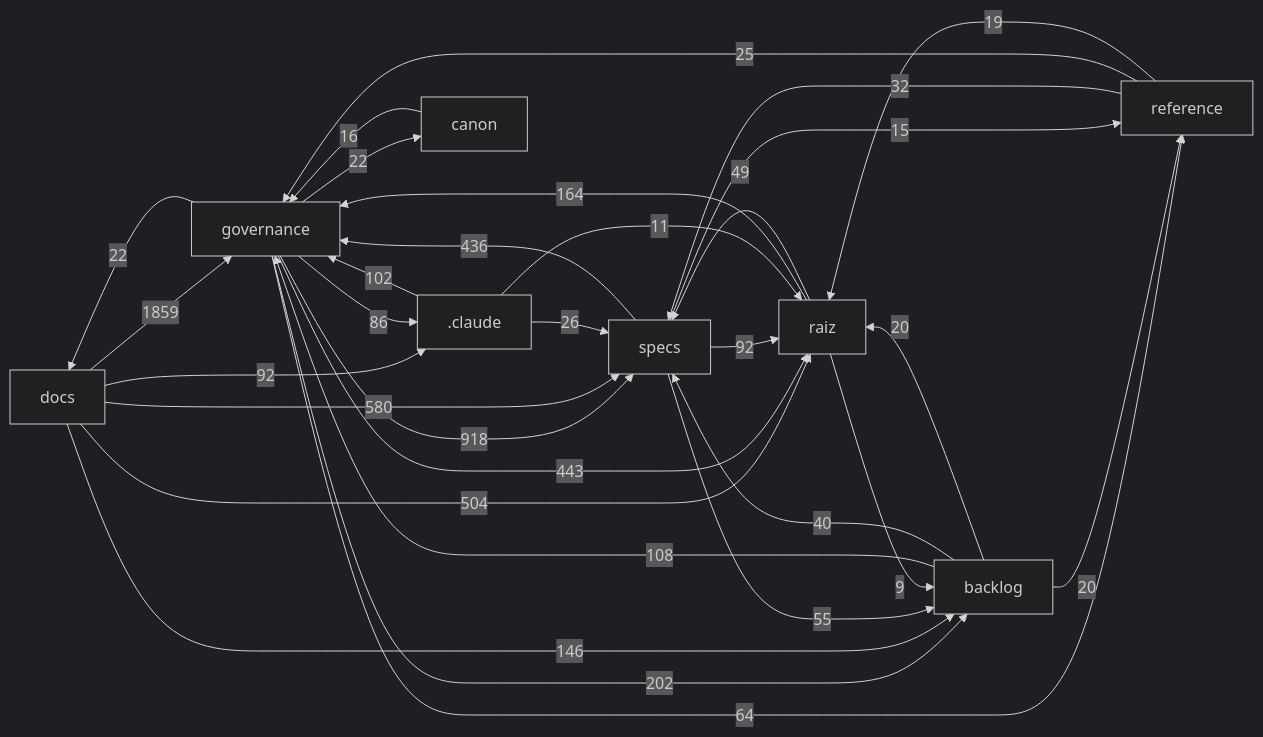
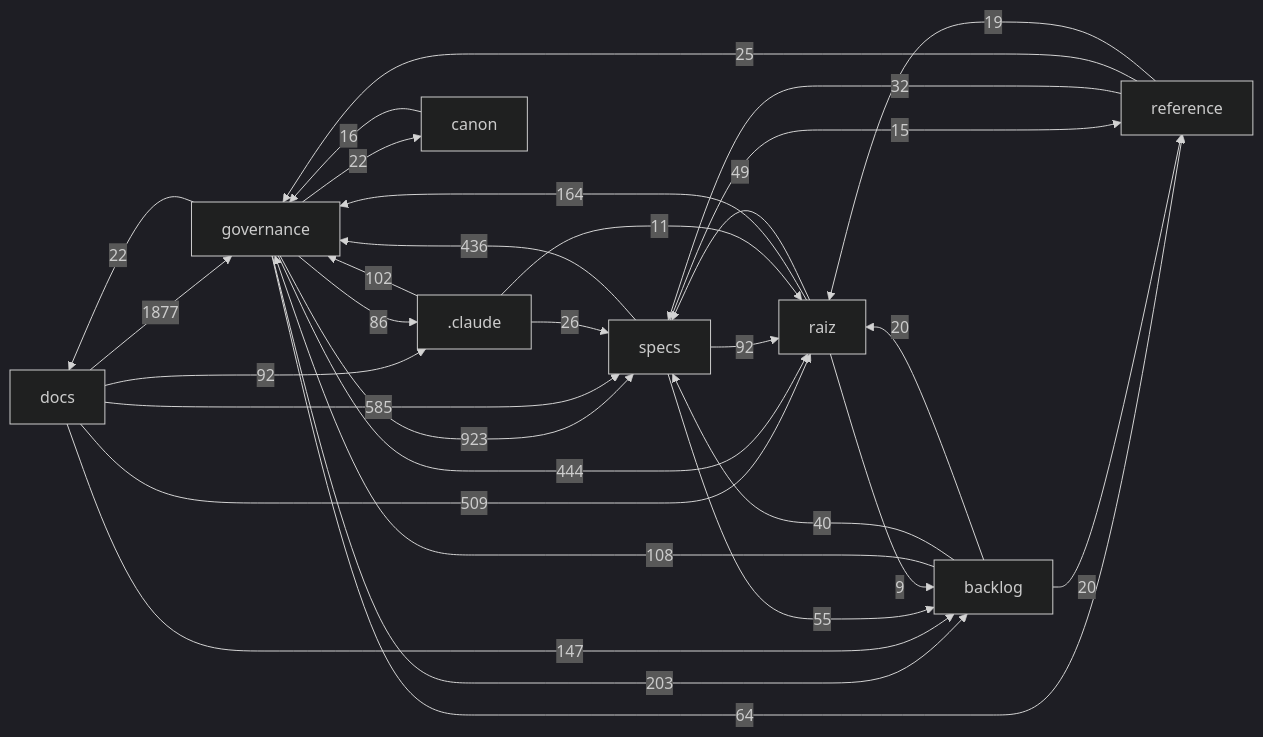
The diagram in docs/mapa/MAPA-PROJETO.md (Andraus35/Sistema-Operacional-de-Trading--SOT), drawn with Mermaid (dark theme) before and after one commit. The commit also changed other lines of this file and 7 other files, not shown here.

````diff
--- a/docs/mapa/MAPA-PROJETO.md
+++ b/docs/mapa/MAPA-PROJETO.md
@@ -29,33 +29,33 @@
 ```mermaid
 flowchart LR
-  docs["docs"] -->|1859| governance["governance"]
-  governance["governance"] -->|918| specs["specs"]
-  docs["docs"] -->|580| specs["specs"]
-  docs["docs"] -->|504| raiz["raiz"]
-  governance["governance"] -->|443| raiz["raiz"]
+  docs["docs"] -->|1877| governance["governance"]
+  governance["governance"] -->|923| specs["specs"]
+  docs["docs"] -->|585| specs["specs"]
+  docs["docs"] -->|509| raiz["raiz"]
+  governance["governance"] -->|444| raiz["raiz"]
   specs["specs"] -->|436| governance["governance"]
-  governance["governance"] -->|202| backlog["backlog"]
+  governance["governance"] -->|203| backlog["backlog"]
   raiz["raiz"] -->|164| governance["governance"]
-  docs["docs"] -->|146| backlog["backlog"]
+  docs["docs"] -->|147| backlog["backlog"]
   backlog["backlog"] -->|108| governance["governance"]
   _claude[".claude"] -->|102| governance["governance"]
   docs["docs"] -->|92| _claude[".claude"]
   specs["specs"] -->|92| raiz["raiz"]
   governance["governance"] -->|86| _claude[".claude"]
   governance["governance"] -->|64| reference["reference"]
   specs["specs"] -->|55| backlog["backlog"]
   raiz["raiz"] -->|49| specs["specs"]
   backlog["backlog"] -->|40| specs["specs"]
   reference["reference"] -->|32| specs["specs"]
   _claude[".claude"] -->|26| specs["specs"]
   reference["reference"] -->|25| governance["governance"]
   governance["governance"] -->|22| docs["docs"]
   governance["governance"] -->|22| canon["canon"]
   backlog["backlog"] -->|20| raiz["raiz"]
   backlog["backlog"] -->|20| reference["reference"]
   reference["reference"] -->|19| raiz["raiz"]
   canon["canon"] -->|16| governance["governance"]
   specs["specs"] -->|15| reference["reference"]
   _claude[".claude"] -->|11| raiz["raiz"]
   raiz["raiz"] -->|9| backlog["backlog"]
 ```
````
